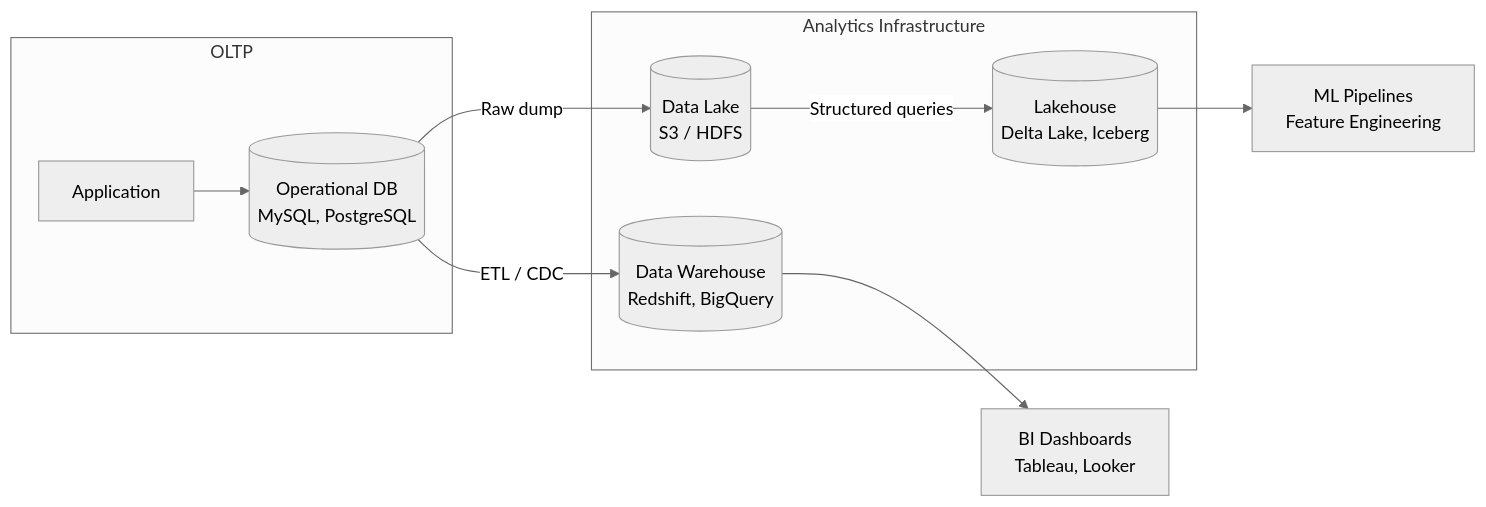
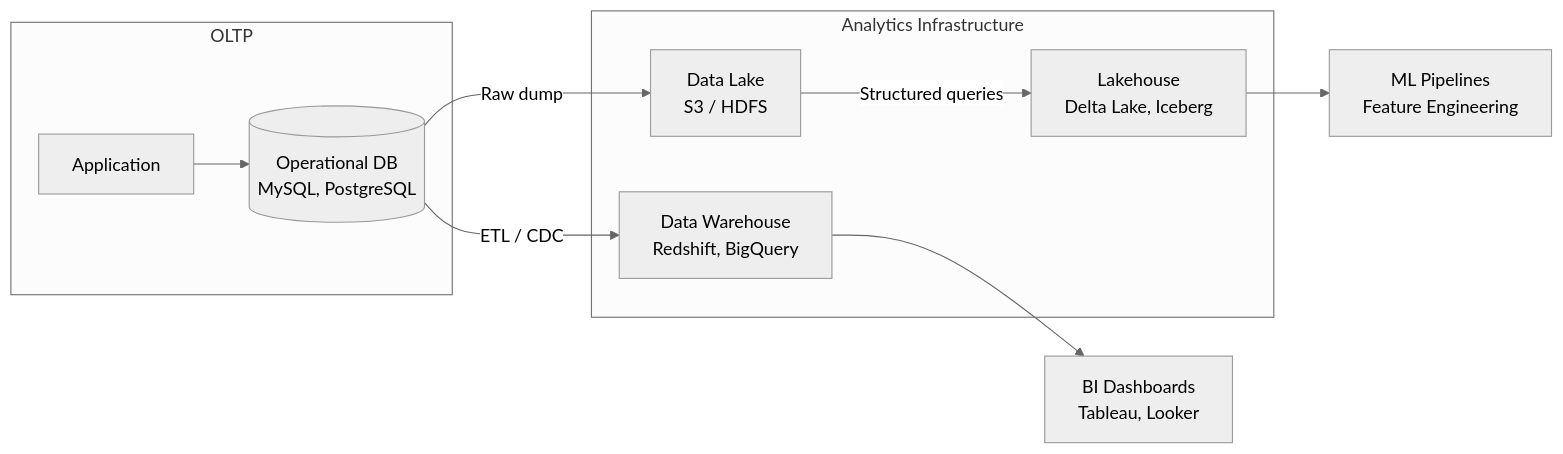
One commit to spawn08/system-design-interview changed the first of 7 diagrams in docs/advanced/data_warehousing.md. Above: the diagram before and after it, drawn with Mermaid (neutral theme). The commit also changed other lines of this file and 1740 other files, not shown here.

First line of the commit message:
Add new Mermaid diagrams for consensus algorithms and data consistency models

````diff
--- a/docs/advanced/data_warehousing.md
+++ b/docs/advanced/data_warehousing.md
@@ -9,15 +9,15 @@
 ```mermaid
 flowchart LR
     subgraph OLTP
         APP[Application] --> DB[(Operational DB<br/>MySQL, PostgreSQL)]
     end
     
-    subgraph Analytics Infrastructure
-        DB -->|ETL / CDC| WH[(Data Warehouse<br/>Redshift, BigQuery)]
-        DB -->|Raw dump| DL[(Data Lake<br/>S3 / HDFS)]
-        DL -->|Structured queries| LH[(Lakehouse<br/>Delta Lake, Iceberg)]
+    subgraph ai["Analytics Infrastructure"]
+        DB -->|"ETL / CDC"| WH["Data Warehouse<br/>Redshift, BigQuery"]
+        DB -->|Raw dump| DL["Data Lake<br/>S3 / HDFS"]
+        DL -->|Structured queries| LH["Lakehouse<br/>Delta Lake, Iceberg"]
     end
     
     WH --> BI[BI Dashboards<br/>Tableau, Looker]
     LH --> ML[ML Pipelines<br/>Feature Engineering]
 ```
````
